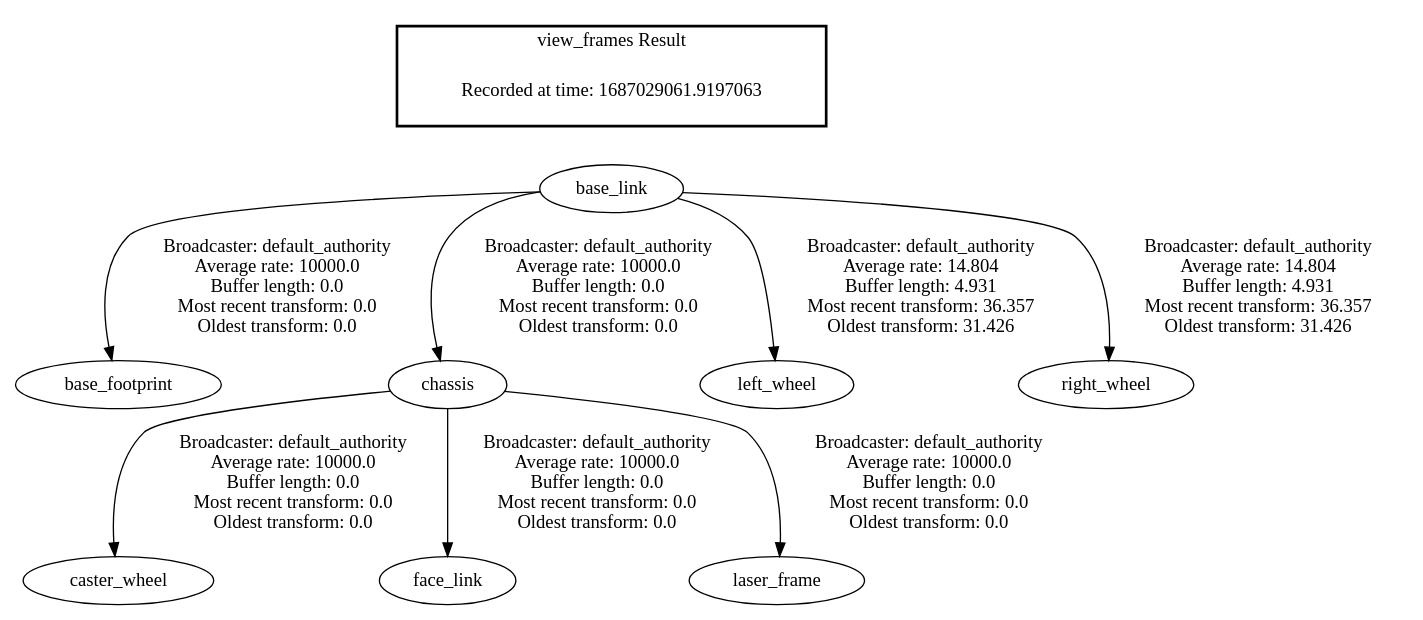
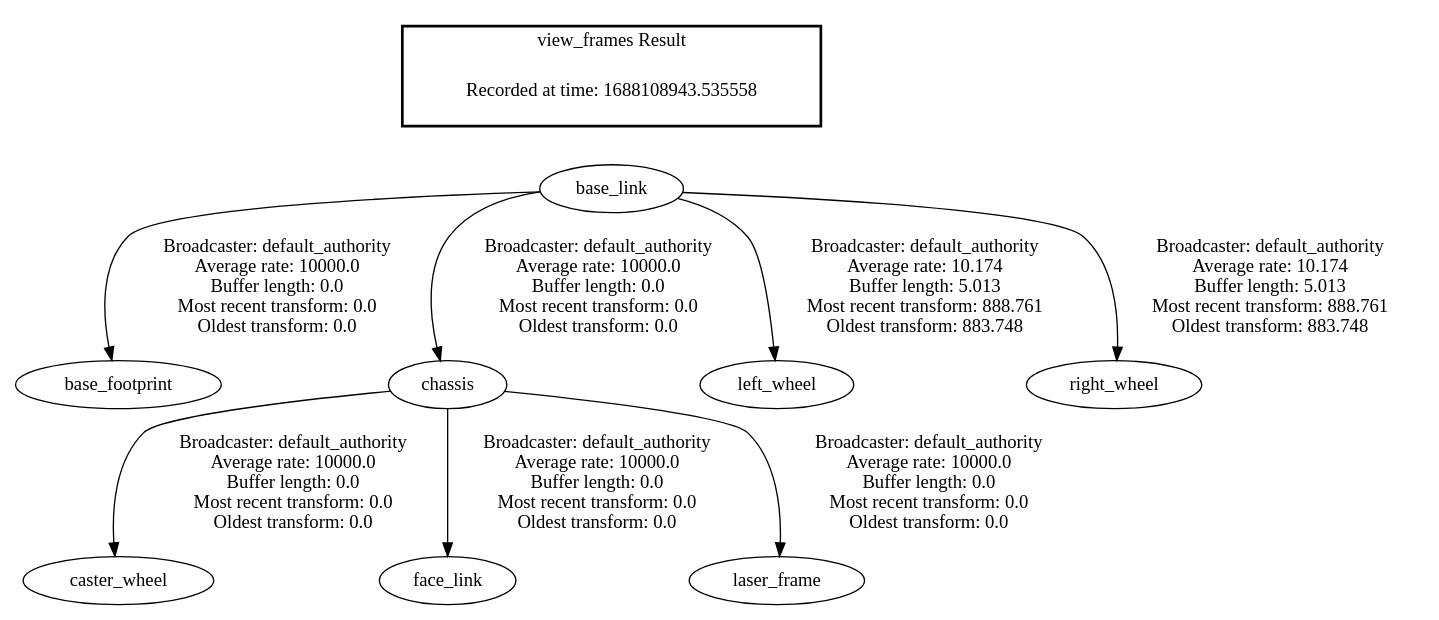
Before and after one commit to Winter24/gcamp_ros2_ws: the diagram in frames.gv, drawn with Graphviz. The commit also changed 2011 other files, not shown here.

```diff
--- a/frames.gv
+++ b/frames.gv
@@ -1,13 +1,13 @@
 digraph G {
 "base_link" -> "base_footprint"[label=" Broadcaster: default_authority\nAverage rate: 10000.0\nBuffer length: 0.0\nMost recent transform: 0.0\nOldest transform: 0.0\n"];
 "chassis" -> "caster_wheel"[label=" Broadcaster: default_authority\nAverage rate: 10000.0\nBuffer length: 0.0\nMost recent transform: 0.0\nOldest transform: 0.0\n"];
 "base_link" -> "chassis"[label=" Broadcaster: default_authority\nAverage rate: 10000.0\nBuffer length: 0.0\nMost recent transform: 0.0\nOldest transform: 0.0\n"];
 "chassis" -> "face_link"[label=" Broadcaster: default_authority\nAverage rate: 10000.0\nBuffer length: 0.0\nMost recent transform: 0.0\nOldest transform: 0.0\n"];
 "chassis" -> "laser_frame"[label=" Broadcaster: default_authority\nAverage rate: 10000.0\nBuffer length: 0.0\nMost recent transform: 0.0\nOldest transform: 0.0\n"];
-"base_link" -> "left_wheel"[label=" Broadcaster: default_authority\nAverage rate: 14.804\nBuffer length: 4.931\nMost recent transform: 36.357\nOldest transform: 31.426\n"];
-"base_link" -> "right_wheel"[label=" Broadcaster: default_authority\nAverage rate: 14.804\nBuffer length: 4.931\nMost recent transform: 36.357\nOldest transform: 31.426\n"];
+"base_link" -> "left_wheel"[label=" Broadcaster: default_authority\nAverage rate: 10.174\nBuffer length: 5.013\nMost recent transform: 888.761\nOldest transform: 883.748\n"];
+"base_link" -> "right_wheel"[label=" Broadcaster: default_authority\nAverage rate: 10.174\nBuffer length: 5.013\nMost recent transform: 888.761\nOldest transform: 883.748\n"];
 edge [style=invis];
  subgraph cluster_legend { style=bold; color=black; label ="view_frames Result";
-"Recorded at time: 1687029061.9197063"[ shape=plaintext ] ;
+"Recorded at time: 1688108943.535558"[ shape=plaintext ] ;
 }->"base_link";
 }
```
